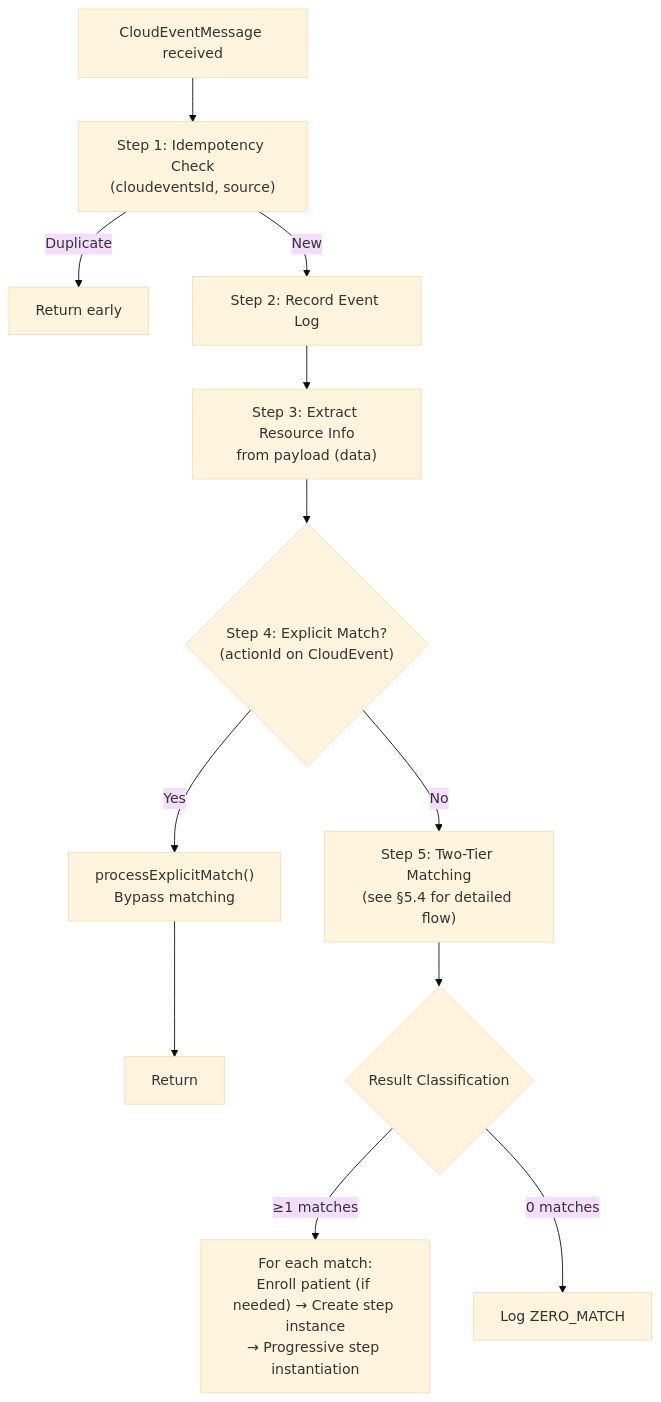
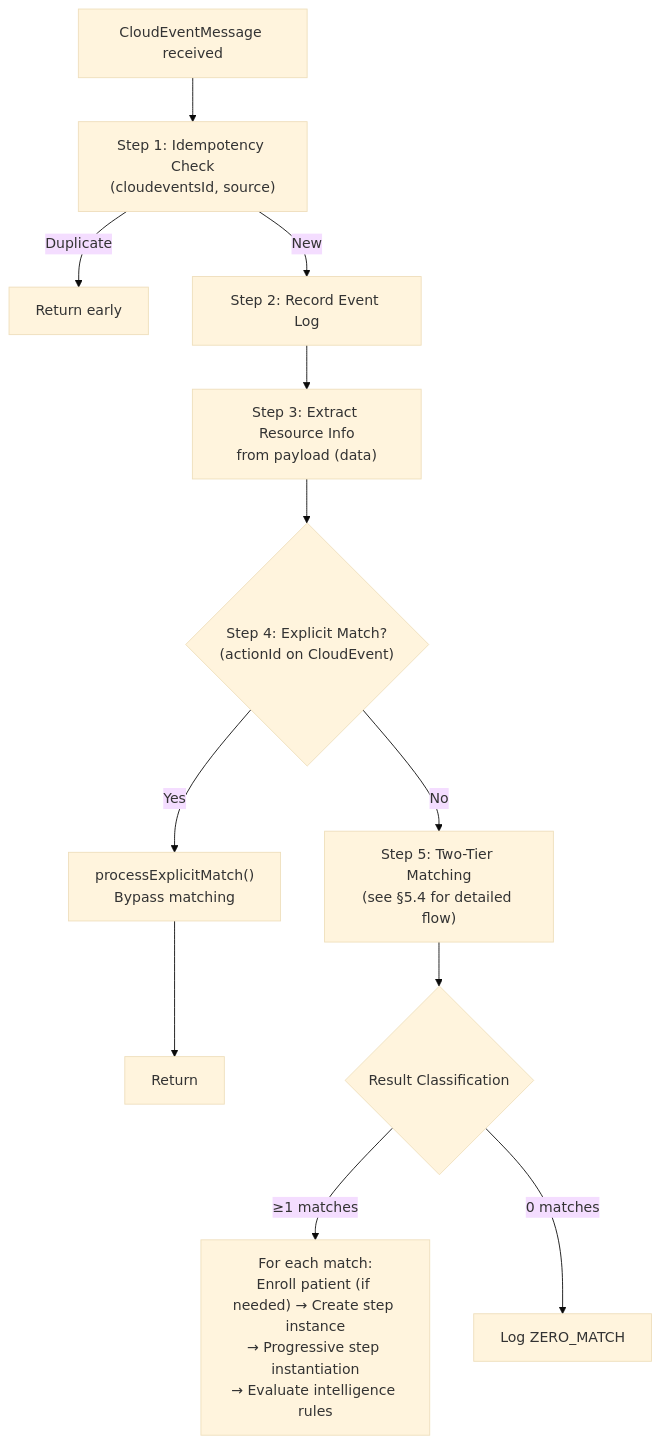
Before and after one commit to Jayaprakash8887/cce-compliance-service: the fourth of 7 diagrams in docs/architecture-overview.md, drawn with Mermaid (base theme). The commit also changed other lines of this file and 7 other files, not shown here.

````diff
--- a/docs/architecture-overview.md
+++ b/docs/architecture-overview.md
@@ -157,22 +210,22 @@
 ```mermaid
 flowchart TD
     START["CloudEventMessage received"] --> S1
 
     S1["Step 1: Idempotency Check<br/>(cloudeventsId, source)"]
     S1 -->|"Duplicate"| DUP["Return early"]
     S1 -->|"New"| S2
 
     S2["Step 2: Record Event Log"] --> S3
     S3["Step 3: Extract Resource Info<br/>from payload (data)"] --> EXPL
 
     EXPL{"Step 4: Explicit Match?<br/>(actionId on CloudEvent)"}
     EXPL -->|"Yes"| EXPLM["processExplicitMatch()<br/>Bypass matching"]
     EXPL -->|"No"| S5
     EXPLM --> DONE["Return"]
 
     S5["Step 5: Two-Tier Matching<br/>(see §5.4 for detailed flow)"] --> S6
 
     S6{"Result Classification"}
-    S6 -->|"≥1 matches"| MATCH["For each match:<br/>Enroll patient (if needed) → Create step instance<br/>→ Progressive step instantiation"]
+    S6 -->|"≥1 matches"| MATCH["For each match:<br/>Enroll patient (if needed) → Create step instance<br/>→ Progressive step instantiation<br/>→ Evaluate intelligence rules"]
     S6 -->|"0 matches"| ZERO["Log ZERO_MATCH"]
 ```
````
